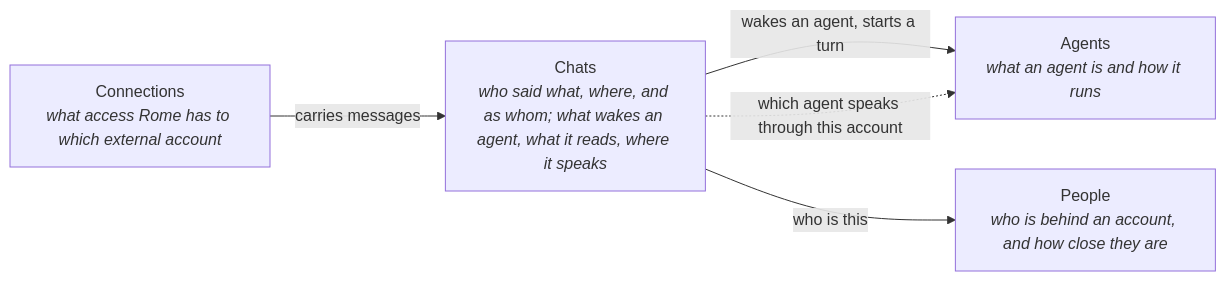
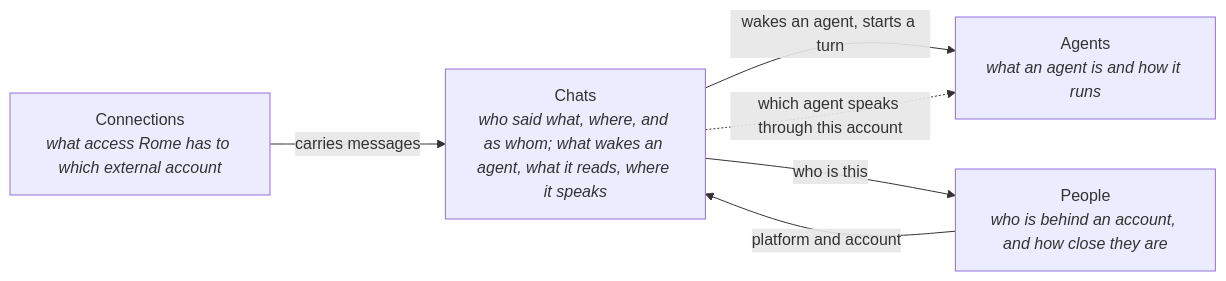
Before and after one commit to rome-os/rome: the diagram in docs/domains/README.md, drawn with Mermaid. The commit also changed other lines of this file and 17 other files, not shown here.

First line of the commit message:
docs(domains): repoint code comments to chats.md and state People's dependency as it is

````diff
--- a/docs/domains/README.md
+++ b/docs/domains/README.md
@@ -20,11 +20,12 @@
 ```mermaid
 flowchart LR
     Connections["Connections<br/><i>what access Rome has to which external account</i>"]
     Chats["Chats<br/><i>who said what, where, and as whom; what wakes an agent, what it reads, where it speaks</i>"]
     Agents["Agents<br/><i>what an agent is and how it runs</i>"]
     People["People<br/><i>who is behind an account, and how close they are</i>"]
     Connections -- carries messages --> Chats
     Chats -- wakes an agent, starts a turn --> Agents
     Chats -. which agent speaks through this account .-> Agents
+    People -- platform and account --> Chats
     Chats -- who is this --> People
 ```
````
